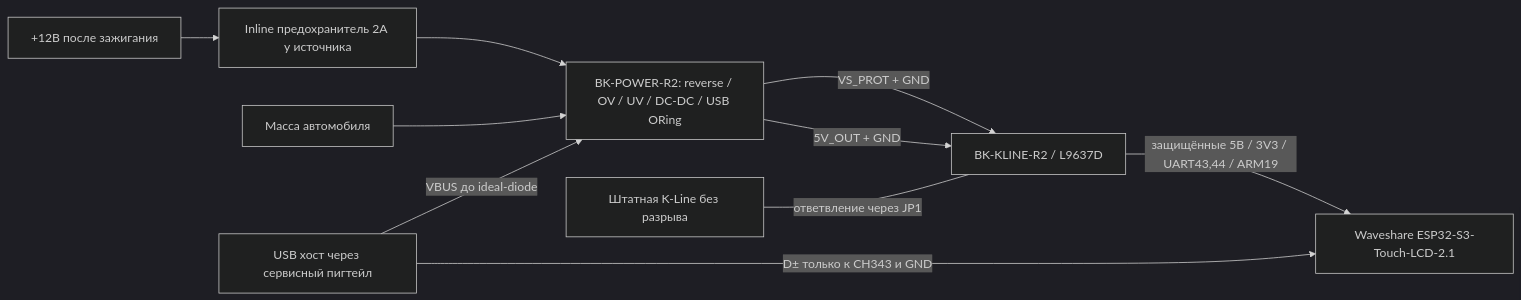
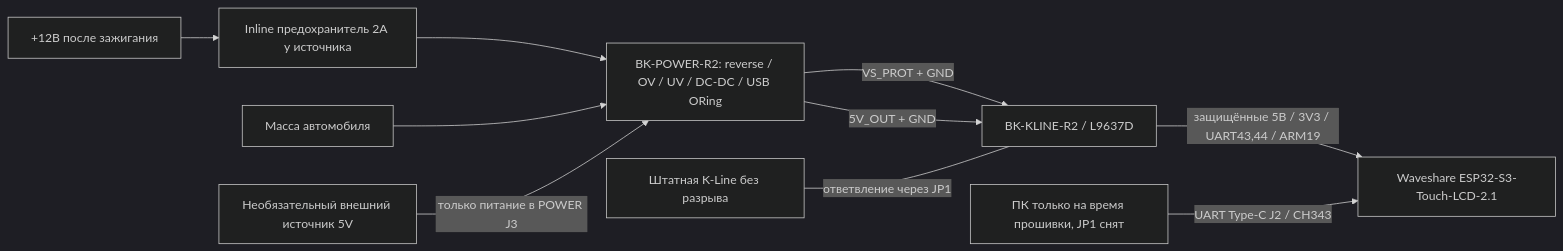
The diagram in docs/WIRING.md (paradisemarketwb/bk-mikas-7.2), drawn with Mermaid (dark theme) before and after one commit. The commit also changed other lines of this file and 48 other files, not shown here.

````diff
--- a/docs/WIRING.md
+++ b/docs/WIRING.md
@@ -8,12 +8,12 @@
 ```mermaid
 flowchart LR
  ACC["+12В после зажигания"] --> F["Inline предохранитель 2А у источника"]
  F --> P["BK-POWER-R2: reverse / OV / UV / DC-DC / USB ORing"]
  G["Масса автомобиля"] --> P
  P -->|VS_PROT + GND| K["BK-KLINE-R2 / L9637D"]
  P -->|5V_OUT + GND| K
  BUS["Штатная K-Line без разрыва"] ---|ответвление через JP1| K
  K -->|защищённые 5В / 3V3 / UART43,44 / ARM19| D["Waveshare ESP32-S3-Touch-LCD-2.1"]
- HOST["USB хост через сервисный пигтейл"] -->|VBUS до ideal-diode| P
- HOST -->|D± только к CH343 и GND| D
+ AUX["Необязательный внешний источник 5V"] -->|только питание в POWER J3| P
+ PC["ПК только на время прошивки, JP1 снят"] -->|UART Type-C J2 / CH343| D
 ```
````
